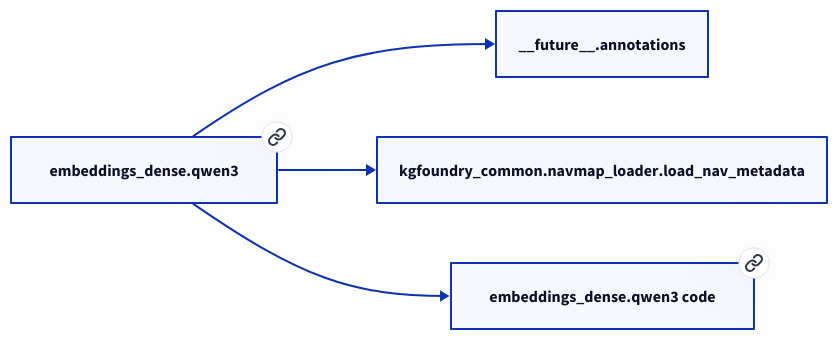
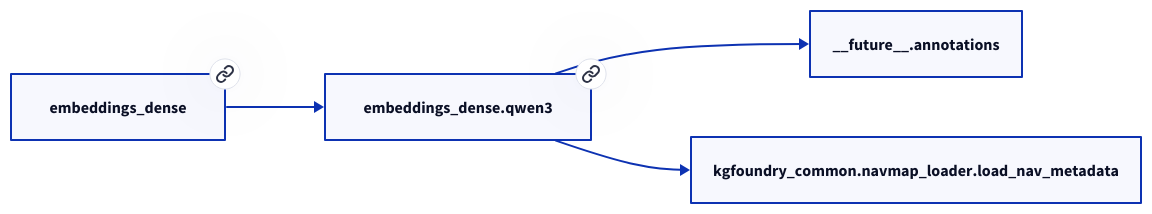
One commit to paul-heyse/kgforge changed the second of 2 diagrams in docs/modules/embeddings_dense/qwen3.md. Above: the diagram before and after it, drawn with D2. The commit also changed other lines of this file and 208 other files, not shown here.

````diff
--- a/docs/modules/embeddings_dense/qwen3.md
+++ b/docs/modules/embeddings_dense/qwen3.md
@@ -34,10 +38,10 @@
 ```d2
 direction: right
-"embeddings_dense.qwen3": "embeddings_dense.qwen3" { link: "./embeddings_dense/qwen3.md" }
+"embeddings_dense.qwen3": "embeddings_dense.qwen3" { link: "https://github.com/paul-heyse/kgfoundry/blob/main/src/embeddings_dense/qwen3.py" }
 "__future__.annotations": "__future__.annotations"
 "embeddings_dense.qwen3" -> "__future__.annotations"
 "kgfoundry_common.navmap_loader.load_nav_metadata": "kgfoundry_common.navmap_loader.load_nav_metadata"
 "embeddings_dense.qwen3" -> "kgfoundry_common.navmap_loader.load_nav_metadata"
-"embeddings_dense.qwen3_code": "embeddings_dense.qwen3 code" { link: "https://github.com/kgfoundry/kgfoundry/blob/main/src/embeddings_dense/qwen3.py" }
-"embeddings_dense.qwen3" -> "embeddings_dense.qwen3_code" { style: dashed }
+"embeddings_dense": "embeddings_dense" { link: "https://github.com/paul-heyse/kgfoundry/blob/main/src/embeddings_dense/__init__.py" }
+"embeddings_dense" -> "embeddings_dense.qwen3" { style: dashed }
 ```
````
